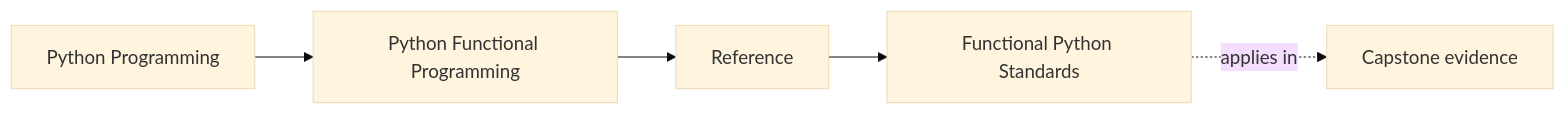
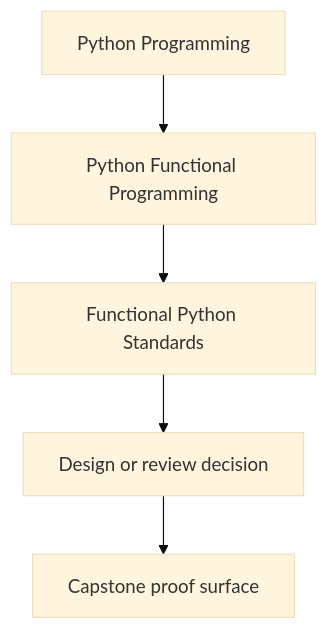
The first of 2 diagrams in programs/python-programming/python-functional-programming/course-book/reference/fp-standards.md (bijux/bijux-masterclass), drawn with Mermaid (base theme) before and after one commit. The commit also changed other lines of this file and 23 other files, not shown here.

Commit message:
docs(python-functional-programming): sharpen guide and reference diagrams

````diff
--- a/programs/python-programming/python-functional-programming/course-book/reference/fp-standards.md
+++ b/programs/python-programming/python-functional-programming/course-book/reference/fp-standards.md
@@ -7,11 +7,7 @@
 ```mermaid
-graph LR
-  family["Python Programming"]
-  program["Python Functional Programming"]
-  section["Reference"]
-  page["Functional Python Standards"]
-  capstone["Capstone evidence"]
-
-  family --> program --> section --> page
-  page -.applies in.-> capstone
+flowchart TD
+  family["Python Programming"] --> program["Python Functional Programming"]
+  program --> reference["Functional Python Standards"]
+  reference --> review["Design or review decision"]
+  review --> capstone["Capstone proof surface"]
 ```
````
